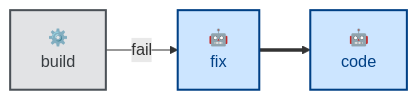
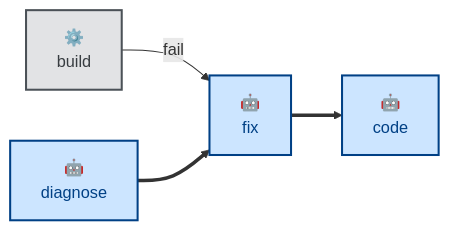
Before and after one commit to kieranpotts/skills: the diagram in skills/fix/README.md, drawn with Mermaid. The commit also changed other lines of this file and 7 other files, not shown here.

````diff
--- a/skills/fix/README.md
+++ b/skills/fix/README.md
@@ -35,16 +54,18 @@
 ```mermaid
 flowchart LR
   %% Node labels and classes.
   build["⚙️<br/>build"]:::scripted
+  diagnose["🤖<br/>diagnose"]:::agentic
   fix["🤖<br/>fix"]:::agentic
   code["🤖<br/>code"]:::agentic
 
   %% Main workflow sequence.
   build -- fail --> fix
+  diagnose ==> fix
   fix ==> code
 
   %% Class definitions.
   classDef agentic fill:#cce5ff,stroke:#004085,color:#004085,stroke-width:2px
   classDef scripted fill:#e2e3e5,stroke:#4b5157,color:#383d41,stroke-width:2px
   classDef anthropic fill:#fff3cd,stroke:#856404,color:#856404,stroke-width:1px,stroke-dasharray:2 3
 ```
````
